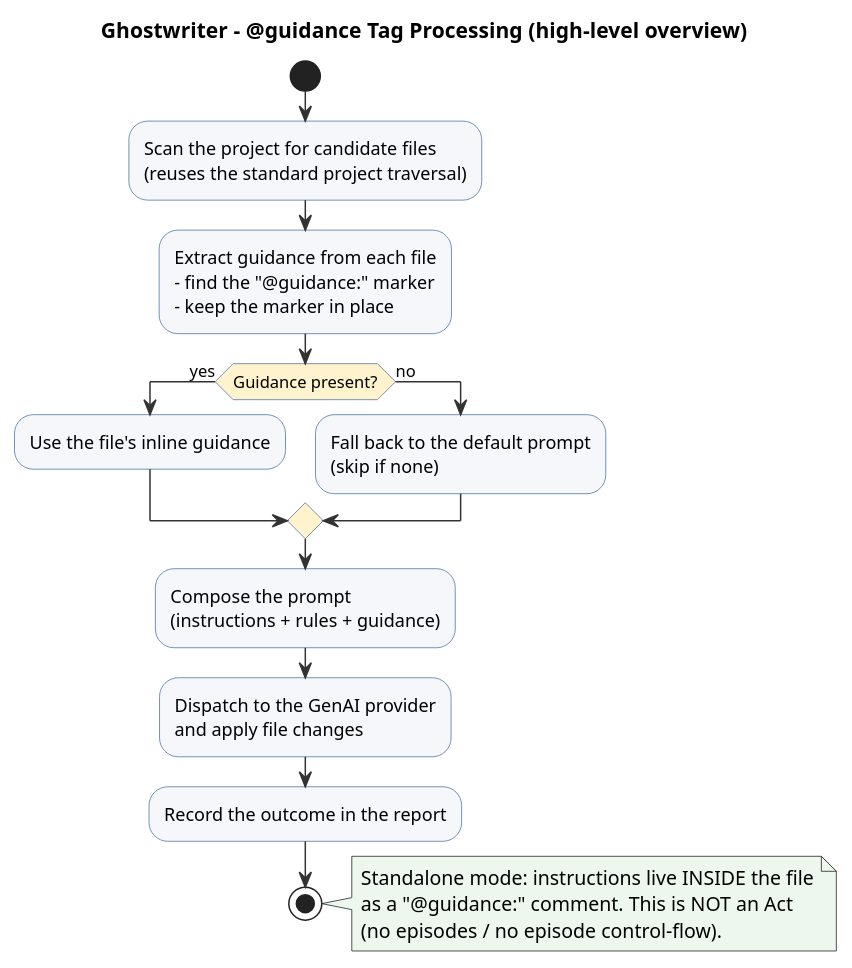
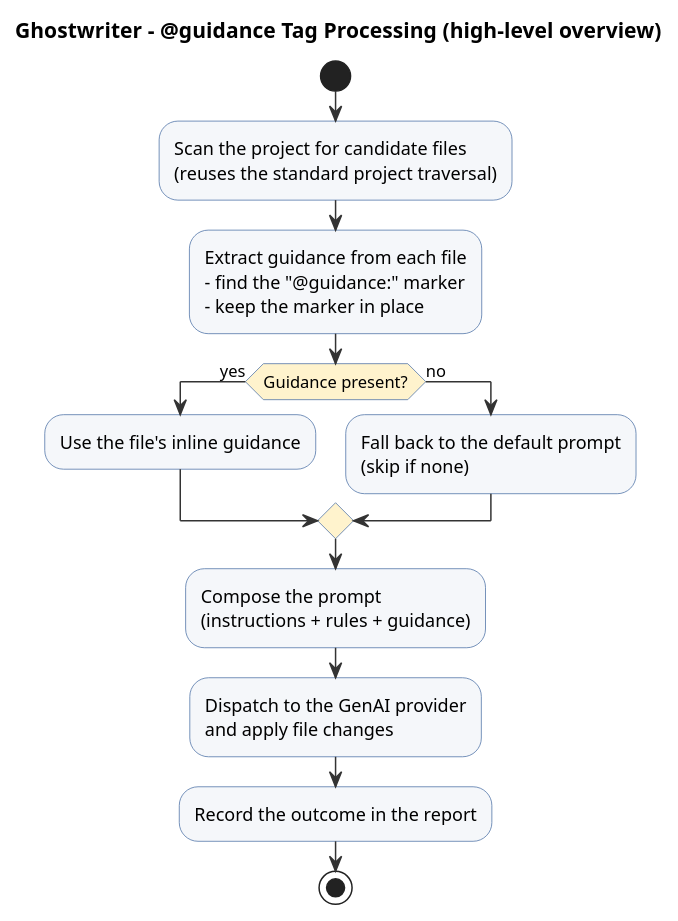
One commit to machanism-org/machai changed the diagram in ghostwriter/src/site/puml/guidance-tag-processing-overview.puml. Above: the diagram before and after it, drawn with PlantUML.

```diff
--- a/ghostwriter/src/site/puml/guidance-tag-processing-overview.puml
+++ b/ghostwriter/src/site/puml/guidance-tag-processing-overview.puml
@@ -11,43 +11,37 @@
 @startuml
 title Ghostwriter - @guidance Tag Processing (high-level overview)
 
 skinparam ArrowColor #333333
 skinparam ActivityBackgroundColor #F5F7FA
 skinparam ActivityBorderColor #4A6FA5
 skinparam ActivityDiamondBackgroundColor #FFF3CD
 skinparam NoteBackgroundColor #EDF7ED
 skinparam PartitionBorderColor #999999
 
 start
 
 :Scan the project for candidate files
 (reuses the standard project traversal);
 
 :Extract guidance from each file
 - find the "@guidance:" marker
 - keep the marker in place;
 
 if (Guidance present?) then (yes)
   :Use the file's inline guidance;
 else (no)
   :Fall back to the default prompt
   (skip if none);
 endif
 
 :Compose the prompt
 (instructions + rules + guidance);
 
 :Dispatch to the GenAI provider
 and apply file changes;
 
 :Record the outcome in the report;
 
 stop
 
-note right
-  Standalone mode: instructions live INSIDE the file
-  as a "@guidance:" comment. This is NOT an Act
-  (no episodes / no episode control-flow).
-end note
-
 @enduml
```
